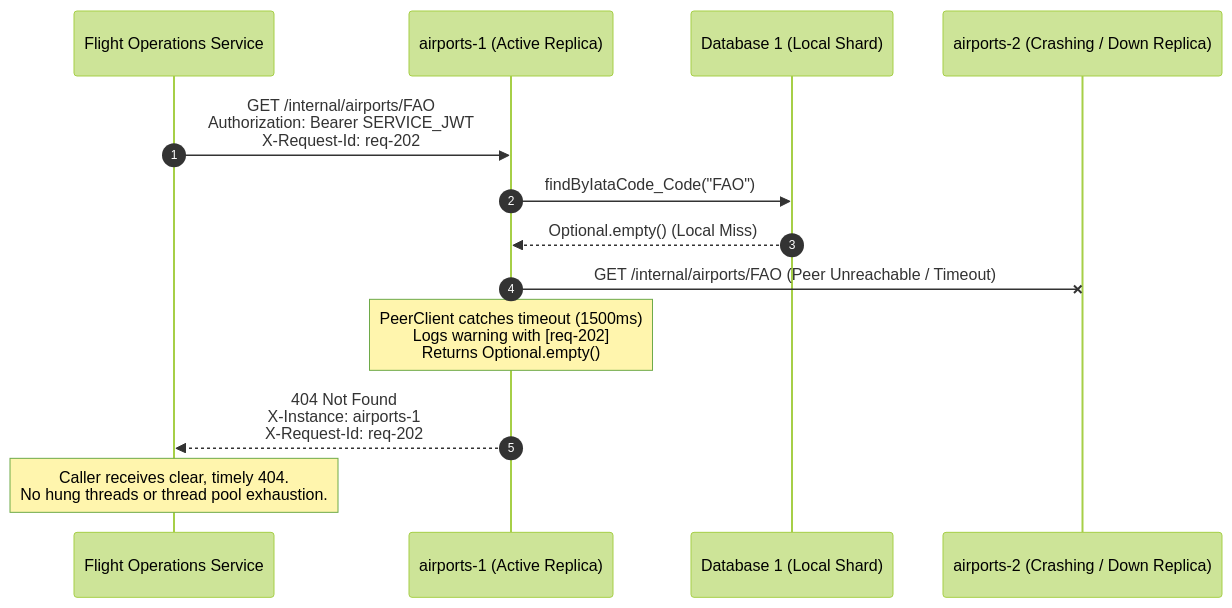
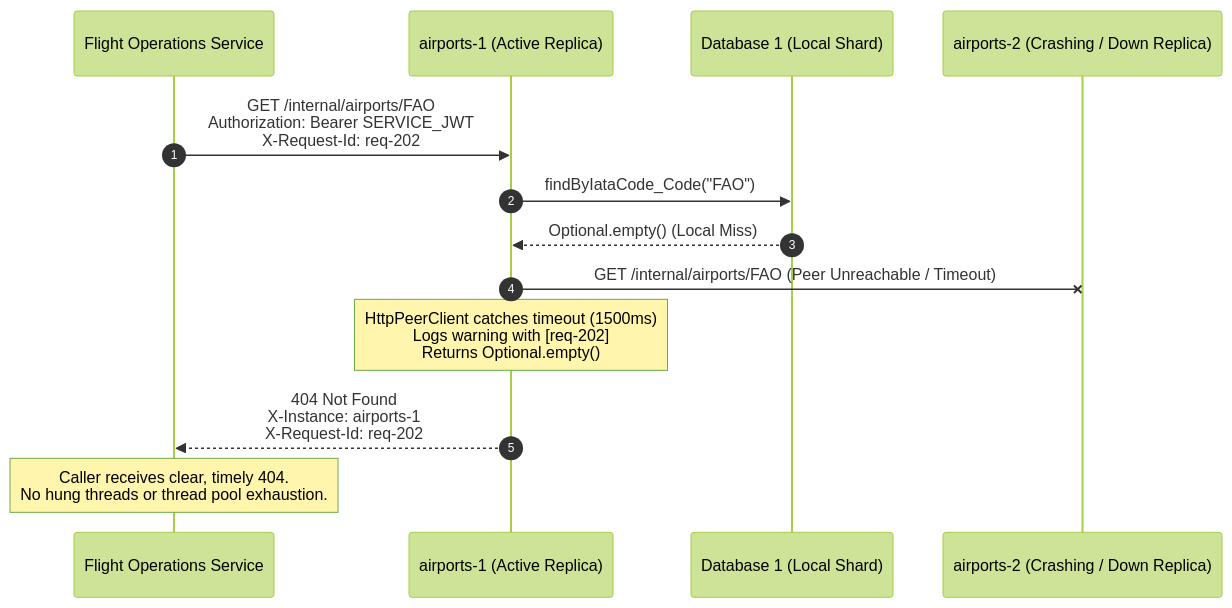
The fourth of 6 diagrams in docs/architecture.md (ImJay1527/airports-routes-service), drawn with Mermaid (forest theme) before and after one commit. The commit also changed other lines of this file and 2 other files, not shown here.

Commit message:
docs: formalize architecture into complete C4+1 model with Logical, Process, Deployment, and Implementation views

````diff
--- a/docs/architecture.md
+++ b/docs/architecture.md
@@ -197,19 +213,19 @@
 ```mermaid
 %% Sequence Diagram: Fault Tolerance & Peer Unreachability
 sequenceDiagram
     autonumber
     participant FO as Flight Operations Service
     participant A1 as airports-1 (Active Replica)
     participant DB1 as Database 1 (Local Shard)
     participant A2 as airports-2 (Crashing / Down Replica)
 
     FO->>A1: GET /internal/airports/FAO<br/>Authorization: Bearer SERVICE_JWT<br/>X-Request-Id: req-202
     A1->>DB1: findByIataCode_Code("FAO")
     DB1-->>A1: Optional.empty() (Local Miss)
 
     A1-xA2: GET /internal/airports/FAO (Peer Unreachable / Timeout)
-    Note over A1: PeerClient catches timeout (1500ms)<br/>Logs warning with [req-202]<br/>Returns Optional.empty()
+    Note over A1: HttpPeerClient catches timeout (1500ms)<br/>Logs warning with [req-202]<br/>Returns Optional.empty()
 
     A1-->>FO: 404 Not Found<br/>X-Instance: airports-1<br/>X-Request-Id: req-202
     Note over FO: Caller receives clear, timely 404.<br/>No hung threads or thread pool exhaustion.
 ```
````
